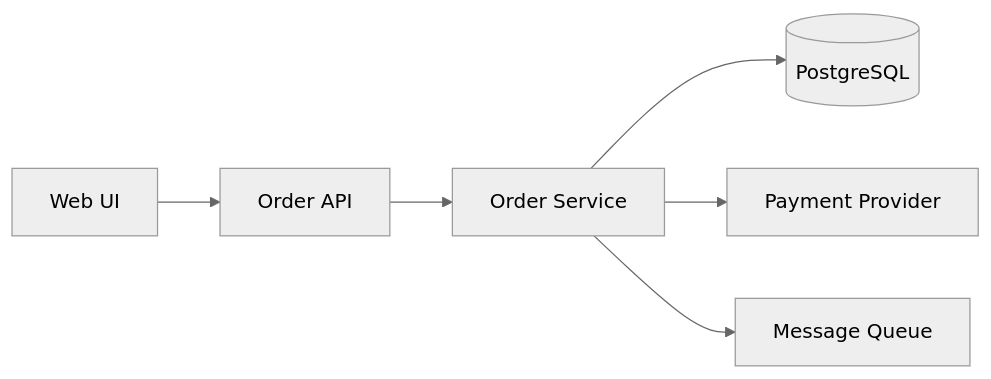
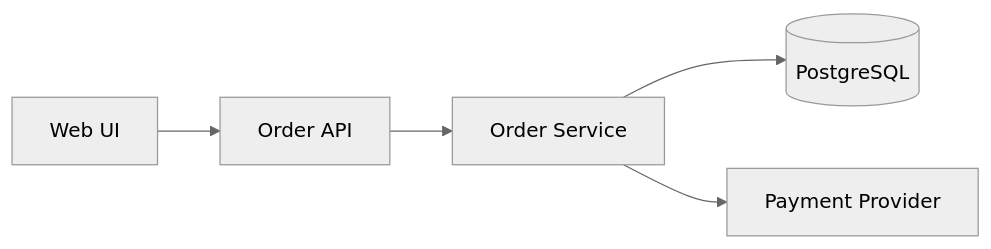
Before and after one commit to AvadhBhalodiya/Interview-Preparation: the second of 7 diagrams in src/content/testing/unit-integration-e2e.md, drawn with Mermaid (neutral theme). The commit also changed other lines of this file and 54 other files, not shown here.

````diff
--- a/src/content/testing/unit-integration-e2e.md
+++ b/src/content/testing/unit-integration-e2e.md
@@ -87,15 +48,12 @@
 ```mermaid
 flowchart LR
     UI[Web UI]
     API[Order API]
     SERVICE[Order Service]
     DB[(PostgreSQL)]
     PAYMENT[Payment Provider]
-    QUEUE[Message Queue]
 
-    UI --> API
-    API --> SERVICE
+    UI --> API --> SERVICE
     SERVICE --> DB
     SERVICE --> PAYMENT
-    SERVICE --> QUEUE
 ```
````
